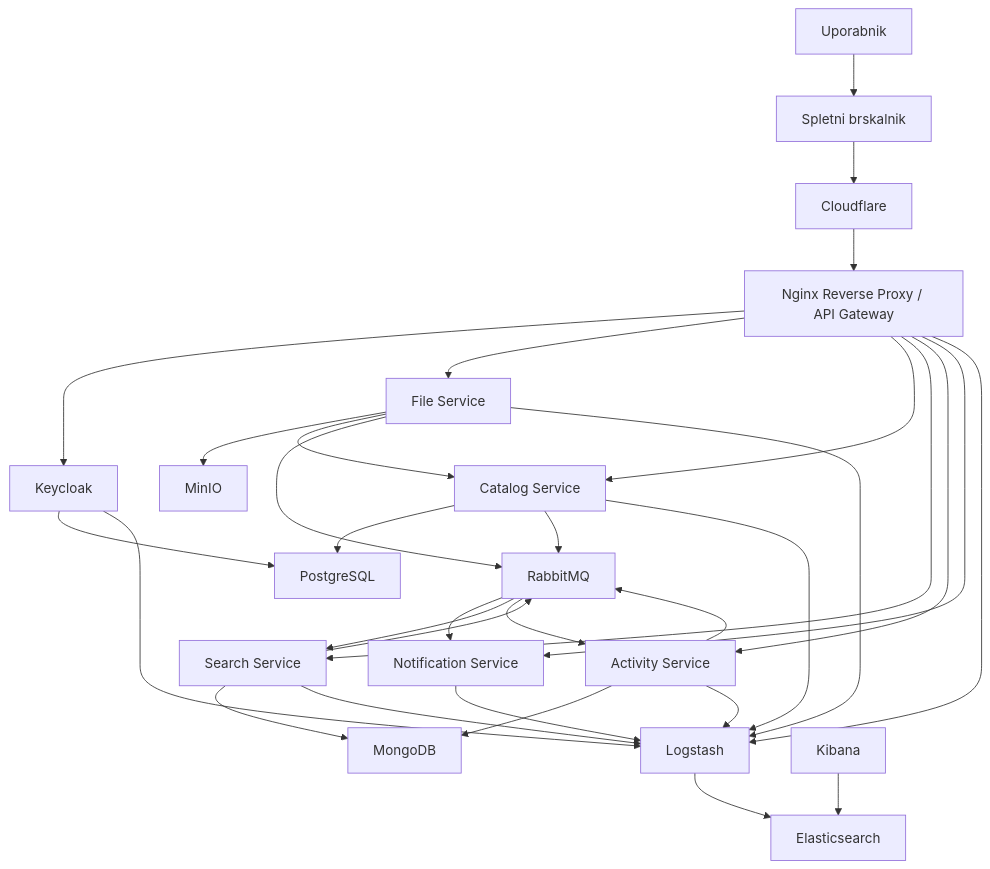
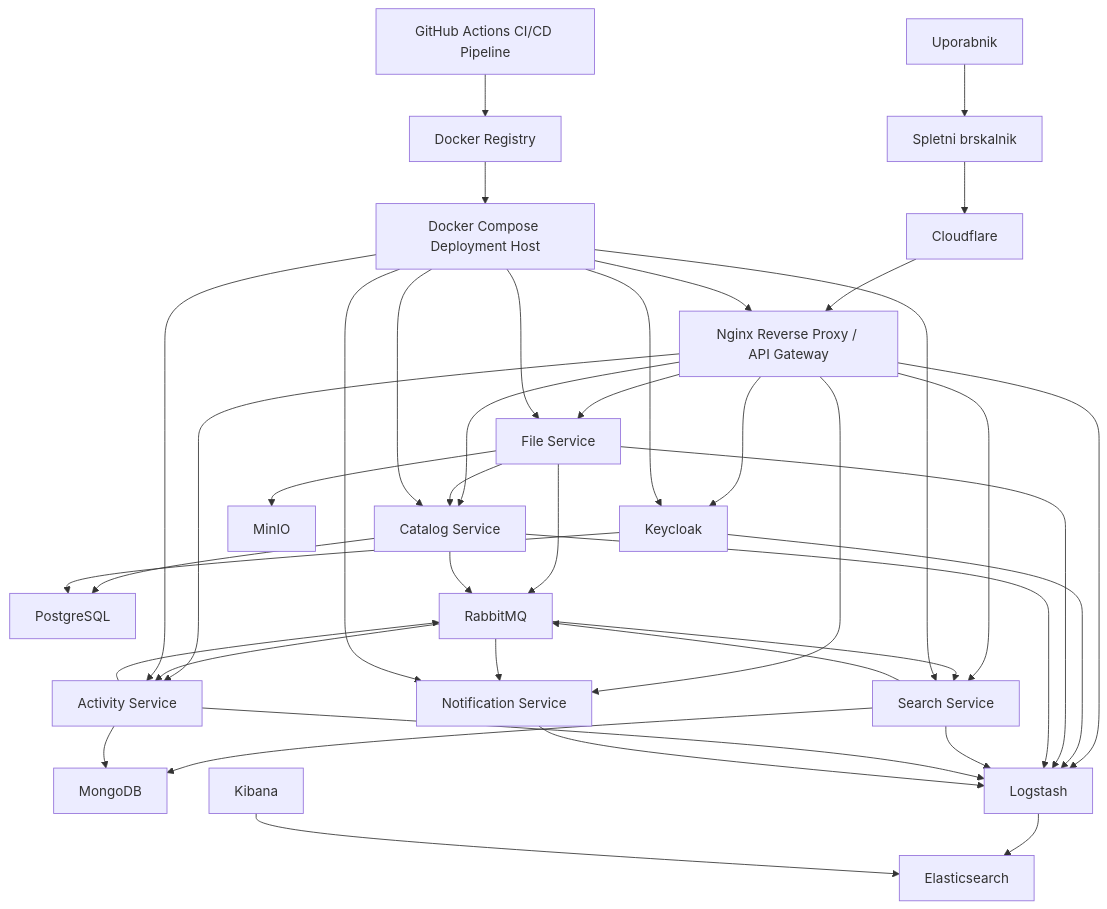
One commit to mateolaszlo/nuiks changed the diagram in assignments/Projekt/studyvault_architecture_sketch_formal_elk.md. Above: the diagram before and after it, drawn with Mermaid. The commit also changed other lines of this file, not shown here.

````diff
--- a/assignments/Projekt/studyvault_architecture_sketch_formal_elk.md
+++ b/assignments/Projekt/studyvault_architecture_sketch_formal_elk.md
@@ -63,56 +74,69 @@
 ```mermaid
 graph TD
     A[Uporabnik]
     B[Spletni brskalnik]
     C[Cloudflare]
     D[Nginx Reverse Proxy / API Gateway]
     E[Keycloak]
     F[File Service]
     G[Catalog Service]
     H[Search Service]
     I[Activity Service]
     J[Notification Service]
     K[PostgreSQL]
     L[MongoDB]
     M[MinIO]
     N[RabbitMQ]
     O[Logstash]
     P[Elasticsearch]
     Q[Kibana]
+    R[GitHub Actions CI/CD Pipeline]
+    S[Docker Registry]
+    T[Docker Compose Deployment Host]
 
     A --> B
     B --> C
     C --> D
 
     D --> E
     D --> F
     D --> G
     D --> H
     D --> I
     D --> J
 
     F --> M
     F --> G
     G --> K
     H --> L
     I --> L
     E --> K
 
     F --> N
     G --> N
     H --> N
     I --> N
     N --> J
     N --> H
     N --> I
 
     D --> O
     E --> O
     F --> O
     G --> O
     H --> O
     I --> O
     J --> O
     O --> P
     Q --> P
+
+    R --> S
+    S --> T
+    T --> D
+    T --> E
+    T --> F
+    T --> G
+    T --> H
+    T --> I
+    T --> J
 ```
````
